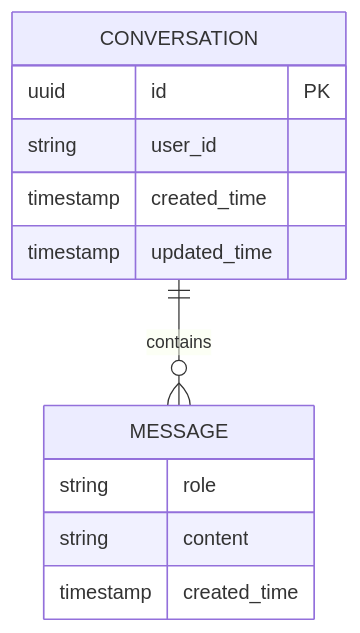
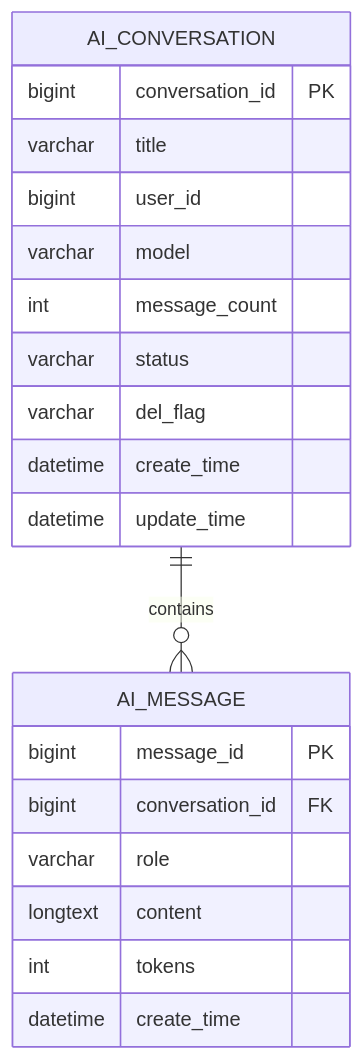
Before and after one commit to xionghao5/ruoyi-demo: the fifth of 7 diagrams in .qoder/repowiki/zh/content/API接口文档/AI对话API.md, drawn with Mermaid. The commit also changed other lines of this file and 3 other files, not shown here.

````diff
--- a/.qoder/repowiki/zh/content/API接口文档/AI对话API.md
+++ b/.qoder/repowiki/zh/content/API接口文档/AI对话API.md
@@ -348,15 +445,23 @@
 ```mermaid
 erDiagram
-MESSAGE {
-string role
-string content
-timestamp created_time
+AI_CONVERSATION {
+bigint conversation_id PK
+varchar title
+bigint user_id
+varchar model
+int message_count
+varchar status
+varchar del_flag
+datetime create_time
+datetime update_time
 }
-CONVERSATION {
-uuid id PK
-string user_id
-timestamp created_time
-timestamp updated_time
+AI_MESSAGE {
+bigint message_id PK
+bigint conversation_id FK
+varchar role
+longtext content
+int tokens
+datetime create_time
 }
-CONVERSATION ||--o{ MESSAGE : contains
+AI_CONVERSATION ||--o{ AI_MESSAGE : contains
 ```
````
